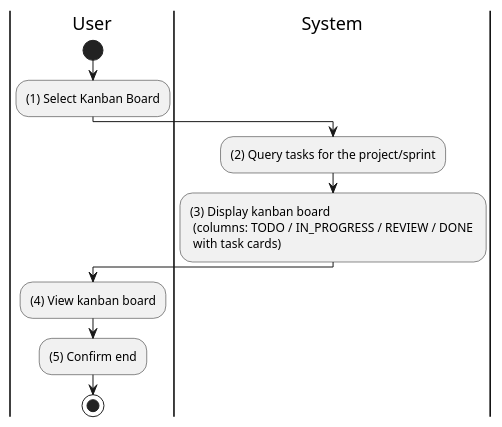
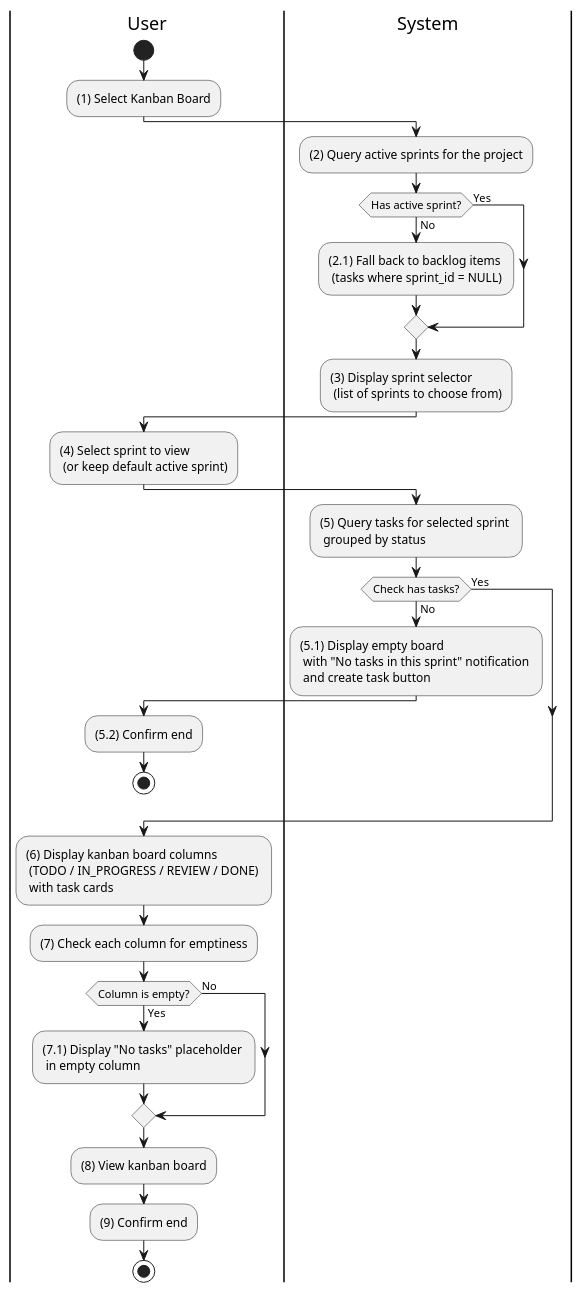
The diagram in docs/docs/activity/task-management/view-kanban-board.md (taskpilot-platform/taskpilot-platform.github.io), drawn with PlantUML before and after one commit. The commit also changed 10 other files, not shown here.

First line of the commit message:
expand activity diagrams: add empty-state checks and filter flows

````diff
--- a/docs/docs/activity/task-management/view-kanban-board.md
+++ b/docs/docs/activity/task-management/view-kanban-board.md
@@ -3,20 +3,50 @@
 ```plantuml
 @startuml
 |U|User
 |S|System
 
 |U|
 start
 :(1) Select Kanban Board;
 
 |S|
-:(2) Query tasks for the project/sprint;
-:(3) Display kanban board \n (columns: TODO / IN_PROGRESS / REVIEW / DONE \n with task cards);
+:(2) Query active sprints for the project;
+
+if (Has active sprint?) then (No)
+  :(2.1) Fall back to backlog items \n (tasks where sprint_id = NULL);
+else (Yes)
+endif
+
+:(3) Display sprint selector \n (list of sprints to choose from);
 
 |U|
-:(4) View kanban board;
-:(5) Confirm end;
+:(4) Select sprint to view \n (or keep default active sprint);
+
+|S|
+:(5) Query tasks for selected sprint \n grouped by status;
+
+if (Check has tasks?) then (No)
+  :(5.1) Display empty board \n with "No tasks in this sprint" notification \n and create task button;
+  |U|
+  :(5.2) Confirm end;
+  stop
+else (Yes)
+endif
+
+:(6) Display kanban board columns \n (TODO / IN_PROGRESS / REVIEW / DONE) \n with task cards;
+
+:(7) Check each column for emptiness;
+
+if (Column is empty?) then (Yes)
+  :(7.1) Display "No tasks" placeholder \n in empty column;
+  |U|
+else (No)
+  |U|
+endif
+
+:(8) View kanban board;
+:(9) Confirm end;
 
 stop
 @enduml
 ```
````
